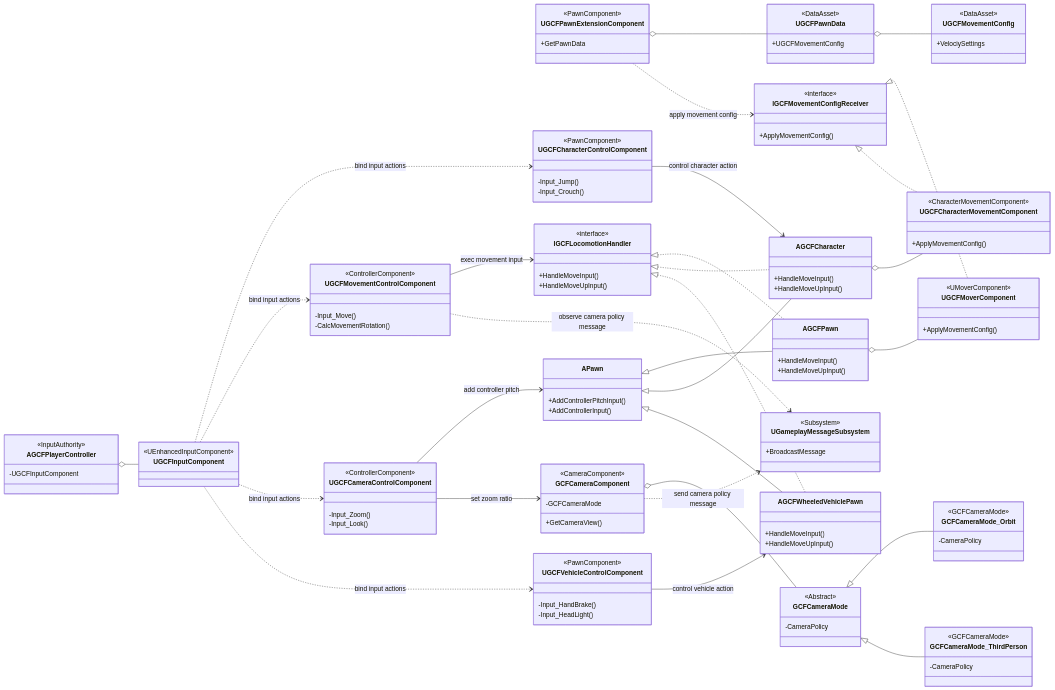
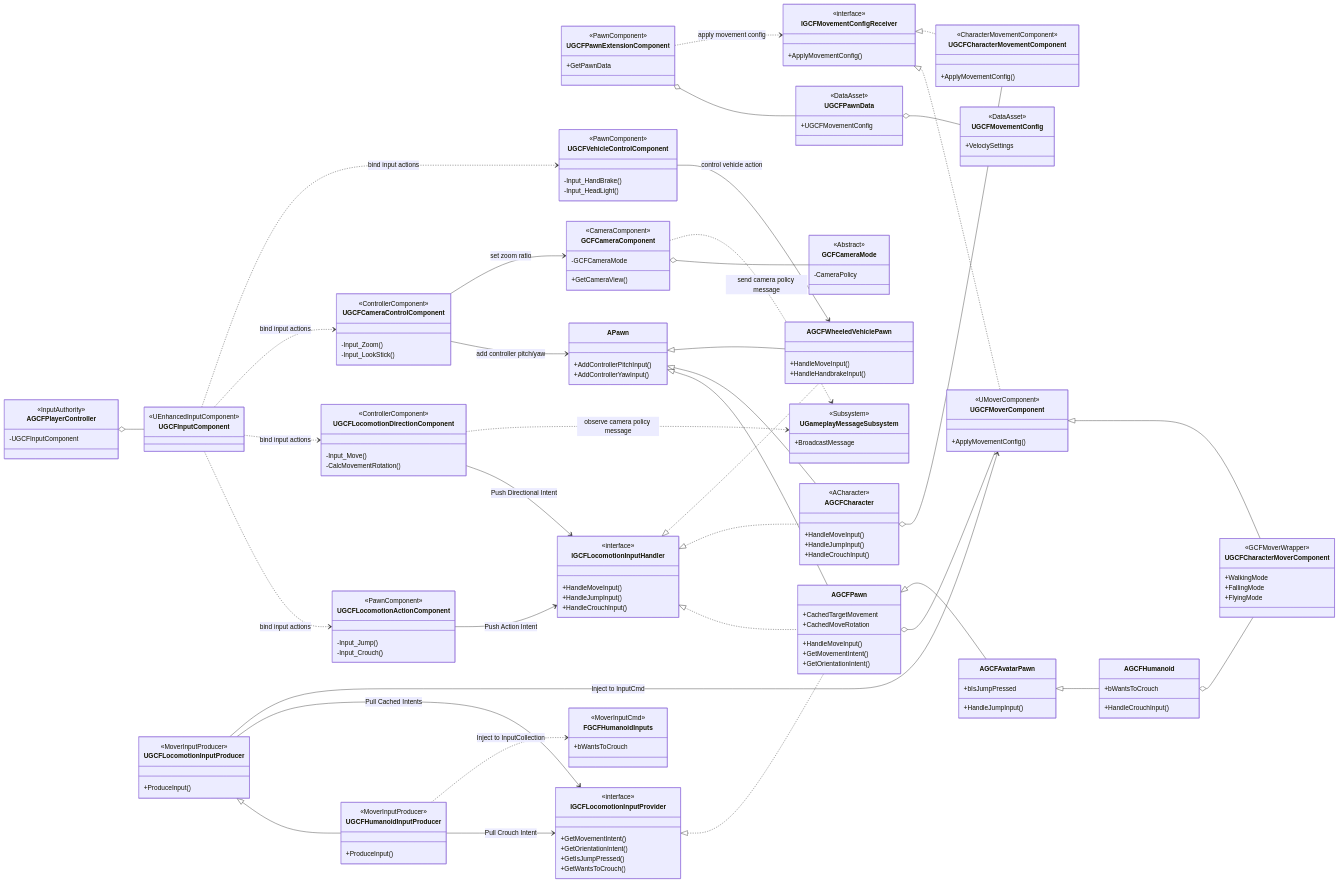
One commit to munimaru62o/GameCoreFramework changed the diagram in Document/Assets/Diagrams/control_system.mmd. Above: the diagram before and after it, drawn with Mermaid. The commit also changed 13 other files, not shown here.

```diff
--- a/Document/Assets/Diagrams/control_system.mmd
+++ b/Document/Assets/Diagrams/control_system.mmd
@@ -21,29 +21,57 @@
         +BroadcastMessage
     }
 
-    %% Actorクラス
-    class AGCFCharacter {
-        +HandleMoveInput()
-        +HandleMoveUpInput()
+    %% Actorクラス (基底)
+    class APawn {
+        +AddControllerPitchInput()
+        +AddControllerYawInput()
     }
     class AGCFWheeledVehiclePawn {
         +HandleMoveInput()
-        +HandleMoveUpInput()
+        +HandleHandbrakeInput()
     }
-    class APawn {
-        +AddControllerPitchInput()
-        +AddControllerInput()
+
+    %% GCF Pawn 3層アーキテクチャ
+    class AGCFPawn {
+        +CachedTargetMovement
+        +CachedMoveRotation
+        +HandleMoveInput()
+        +GetMovementIntent()
+        +GetOrientationIntent()
     }
-    class AGCFPawn {
+    class AGCFAvatarPawn {
+        +bIsJumpPressed
+        +HandleJumpInput()
+    }
+    class AGCFHumanoid {
+        +bWantsToCrouch
+        +HandleCrouchInput()
+    }
+
+    %% 旧来のCharacter (レガシー/比較用)
+    class AGCFCharacter {
+        <<ACharacter>>
         +HandleMoveInput()
-        +HandleMoveUpInput()
+        +HandleJumpInput()
+        +HandleCrouchInput()
     }
-    class IGCFLocomotionHandler {
+
+    %% インターフェース (Push & Pull)
+    class IGCFLocomotionInputHandler {
         <<interface>>
         +HandleMoveInput()
-        +HandleMoveUpInput()
+        +HandleJumpInput()
+        +HandleCrouchInput()
+    }
+    class IGCFLocomotionInputProvider {
+        <<interface>>
+        +GetMovementIntent()
+        +GetOrientationIntent()
+        +GetIsJumpPressed()
+        +GetWantsToCrouch()
     }
 
+    %% Input & Controllerドメイン (魂)
     class AGCFPlayerController {
         <<InputAuthority>>
         -UGCFInputComponent
@@ -51,9 +79,7 @@
     class UGCFInputComponent {
         <<UEnhancedInputComponent>>
     }
-
-    %% Controllerドメインクラス
-    class UGCFMovementControlComponent {
+    class UGCFLocomotionDirectionComponent {
         <<ControllerComponent>>
         -Input_Move()
         -CalcMovementRotation()
@@ -61,11 +87,11 @@
     class UGCFCameraControlComponent {
         <<ControllerComponent>>
         -Input_Zoom()
-        -Input_Look()
+        -Input_LookStick()
     }
 
-    %% Pawnドメインクラス
-    class UGCFCharacterControlComponent {
+    %% Actionドメイン (肉体への命令)
+    class UGCFLocomotionActionComponent {
         <<PawnComponent>>
         -Input_Jump()
         -Input_Crouch()
@@ -75,12 +101,32 @@
         -Input_HandBrake()
         -Input_HeadLight()
     }
-    class UGCFCharacterMovementComponent {
-        <<CharacterMovementComponent>>
-        +ApplyMovementConfig()
+
+    %% シミュレーション & 物理ドメイン (Mover)
+    class UGCFLocomotionInputProducer {
+        <<MoverInputProducer>>
+        +ProduceInput()
+    }
+    class UGCFHumanoidInputProducer {
+        <<MoverInputProducer>>
+        +ProduceInput()
+    }
+    class FGCFHumanoidInputs {
+        <<MoverInputCmd>>
+        +bWantsToCrouch
     }
     class UGCFMoverComponent {
         <<UMoverComponent>>
+        +ApplyMovementConfig()
+    }
+    class UGCFCharacterMoverComponent {
+        <<GCFMoverWrapper>>
+        +WalkingMode
+        +FallingMode
+        +FlyingMode
+    }
+    class UGCFCharacterMovementComponent {
+        <<CharacterMovementComponent>>
         +ApplyMovementConfig()
     }
     class IGCFMovementConfigReceiver {
@@ -98,48 +144,58 @@
         <<Abstract>>
         -CameraPolicy
     }
-    class GCFCameraMode_Orbit {
-        <<GCFCameraMode>>
-        -CameraPolicy
-    }
-    class GCFCameraMode_ThirdPerson {
-        <<GCFCameraMode>>
-        -CameraPolicy
-    }
 
-
+    %% 構造的関係
     AGCFPlayerController o-- UGCFInputComponent
     UGCFPawnExtensionComponent o-- UGCFPawnData
     UGCFPawnData o-- UGCFMovementConfig
+    
+    %% Moverコンポーネントの保持
+    AGCFPawn o-- UGCFMoverComponent
+    AGCFHumanoid o-- UGCFCharacterMoverComponent
     AGCFCharacter o-- UGCFCharacterMovementComponent
-    AGCFPawn o-- UGCFMoverComponent
     GCFCameraComponent o-- GCFCameraMode
 
-    GCFCameraMode <|-- GCFCameraMode_Orbit
-    GCFCameraMode <|-- GCFCameraMode_ThirdPerson
-
+    %% クラスの継承関係
     APawn <|-- AGCFPawn
+    AGCFPawn <|-- AGCFAvatarPawn
+    AGCFAvatarPawn <|-- AGCFHumanoid
+    
     APawn <|-- AGCFCharacter
     APawn <|-- AGCFWheeledVehiclePawn
 
+    UGCFMoverComponent <|-- UGCFCharacterMoverComponent
+    UGCFLocomotionInputProducer <|-- UGCFHumanoidInputProducer
+
+    %% インターフェースの実装 (親クラスのみに集約)
     IGCFMovementConfigReceiver <|.. UGCFMoverComponent
     IGCFMovementConfigReceiver <|.. UGCFCharacterMovementComponent
 
-    IGCFLocomotionHandler <|.. AGCFPawn
-    IGCFLocomotionHandler <|.. AGCFCharacter
-    IGCFLocomotionHandler <|.. AGCFWheeledVehiclePawn
+    IGCFLocomotionInputHandler <|.. AGCFPawn
+    IGCFLocomotionInputProvider <|.. AGCFPawn
+    IGCFLocomotionInputHandler <|.. AGCFCharacter
+    IGCFLocomotionInputHandler <|.. AGCFWheeledVehiclePawn
 
-    UGCFMovementControlComponent --> IGCFLocomotionHandler : exec movement input
-    UGCFCameraControlComponent --> APawn : add controller pitch
+    %% バケツリレーのデータフロー (Push -> Cache -> Pull)
+    UGCFLocomotionDirectionComponent --> IGCFLocomotionInputHandler : Push Directional Intent
+    UGCFLocomotionActionComponent --> IGCFLocomotionInputHandler : Push Action Intent
+    
+    UGCFLocomotionInputProducer --> IGCFLocomotionInputProvider : Pull Cached Intents
+    UGCFHumanoidInputProducer --> IGCFLocomotionInputProvider : Pull Crouch Intent
+    
+    UGCFLocomotionInputProducer --> UGCFMoverComponent : Inject to InputCmd
+    UGCFHumanoidInputProducer ..> FGCFHumanoidInputs : Inject to InputCollection
+
+    %% その他の制御フロー
+    UGCFCameraControlComponent --> APawn : add controller pitch/yaw
     UGCFCameraControlComponent --> GCFCameraComponent : set zoom ratio
-    UGCFCharacterControlComponent --> AGCFCharacter : control character action
     UGCFVehicleControlComponent --> AGCFWheeledVehiclePawn : control vehicle action
 
     UGCFPawnExtensionComponent ..> IGCFMovementConfigReceiver : apply movement config
     GCFCameraComponent ..> UGameplayMessageSubsystem : send camera policy message
-    UGCFMovementControlComponent ..> UGameplayMessageSubsystem : observe camera policy message
+    UGCFLocomotionDirectionComponent ..> UGameplayMessageSubsystem : observe camera policy message
     
-    UGCFInputComponent ..> UGCFCharacterControlComponent : bind input actions
-    UGCFInputComponent ..> UGCFMovementControlComponent : bind input actions
+    UGCFInputComponent ..> UGCFLocomotionActionComponent : bind input actions
+    UGCFInputComponent ..> UGCFLocomotionDirectionComponent : bind input actions
     UGCFInputComponent ..> UGCFCameraControlComponent : bind input actions
     UGCFInputComponent ..> UGCFVehicleControlComponent : bind input actions
```
